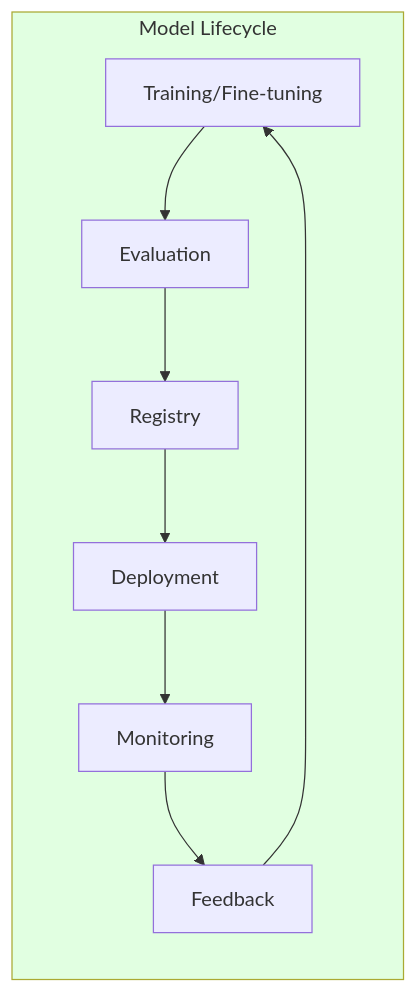
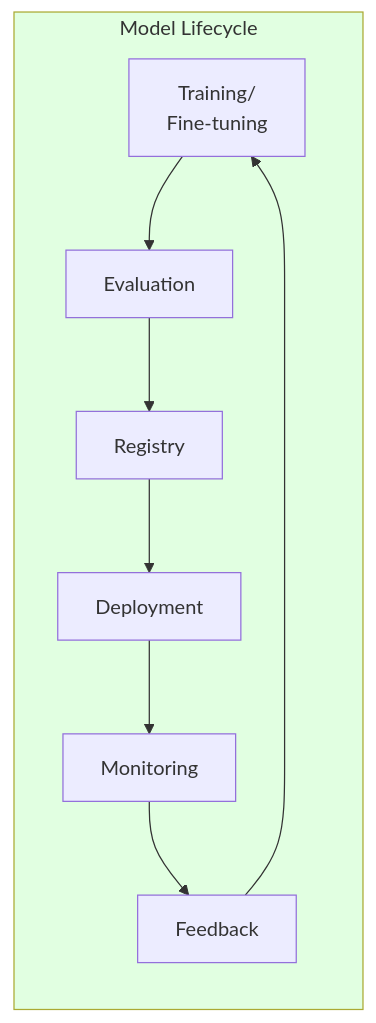
The fourth of 4 diagrams in i18n/en/docusaurus-plugin-content-docs/current/agentic-ai-platform/design-architecture/agentic-ai-challenges.md (devfloor9/engineering-playbook), drawn with Mermaid before and after one commit. The commit also changed other lines of this file and 95 other files, not shown here.

````diff
--- a/i18n/en/docusaurus-plugin-content-docs/current/agentic-ai-platform/design-architecture/agentic-ai-challenges.md
+++ b/i18n/en/docusaurus-plugin-content-docs/current/agentic-ai-platform/design-architecture/agentic-ai-challenges.md
@@ -190,16 +247,16 @@
 ```mermaid
 flowchart LR
     subgraph Lifecycle["Model Lifecycle"]
-        TRAIN["Training/Fine-tuning"]
+        TRAIN["Training/<br/>Fine-tuning"]
         EVAL["Evaluation"]
         REG["Registry"]
         DEPLOY["Deployment"]
         MONITOR["Monitoring"]
         FEEDBACK["Feedback"]
     end
 
     TRAIN --> EVAL --> REG --> DEPLOY --> MONITOR --> FEEDBACK
     FEEDBACK --> TRAIN
 
     style Lifecycle fill:#e1ffe1
 ```
````
